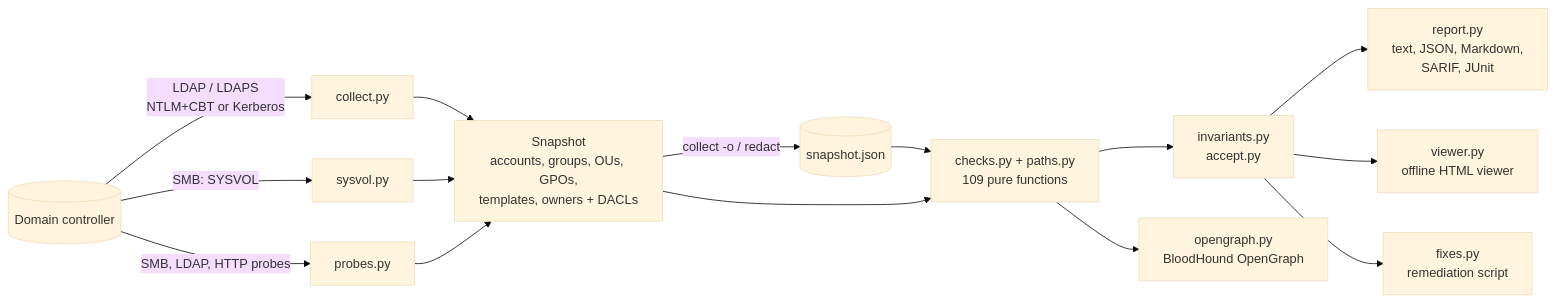
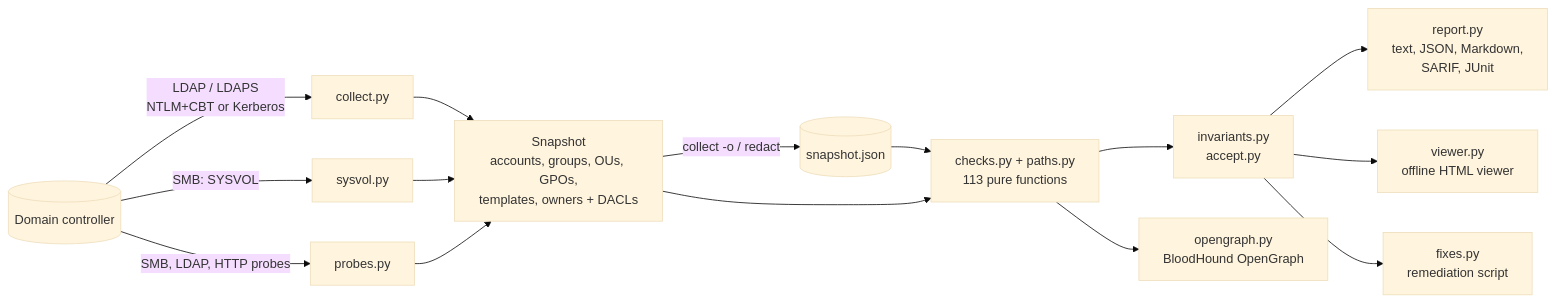
One commit to brkozer/ad-doctor changed the diagram in README.md. Above: the diagram before and after it, drawn with Mermaid (base theme). The commit also changed other lines of this file and 16 other files, not shown here.

````diff
--- a/README.md
+++ b/README.md
@@ -445,17 +456,17 @@
 ```mermaid
 flowchart LR
     DC[(Domain controller)] -- "LDAP / LDAPS<br/>NTLM+CBT or Kerberos" --> C[collect.py]
     DC -- "SMB: SYSVOL" --> V[sysvol.py]
     DC -- "SMB, LDAP, HTTP probes" --> P[probes.py]
     C --> S[Snapshot<br/>accounts, groups, OUs, GPOs,<br/>templates, owners + DACLs]
     V --> S
     P --> S
     S -- "collect -o / redact" --> F[(snapshot.json)]
     F --> A
-    S --> A[checks.py + paths.py<br/>109 pure functions]
+    S --> A[checks.py + paths.py<br/>113 pure functions]
     A --> I[invariants.py<br/>accept.py]
     I --> R[report.py<br/>text, JSON, Markdown,<br/>SARIF, JUnit]
     I --> W[viewer.py<br/>offline HTML viewer]
     I --> X[fixes.py<br/>remediation script]
     A --> O[opengraph.py<br/>BloodHound OpenGraph]
 ```
````
